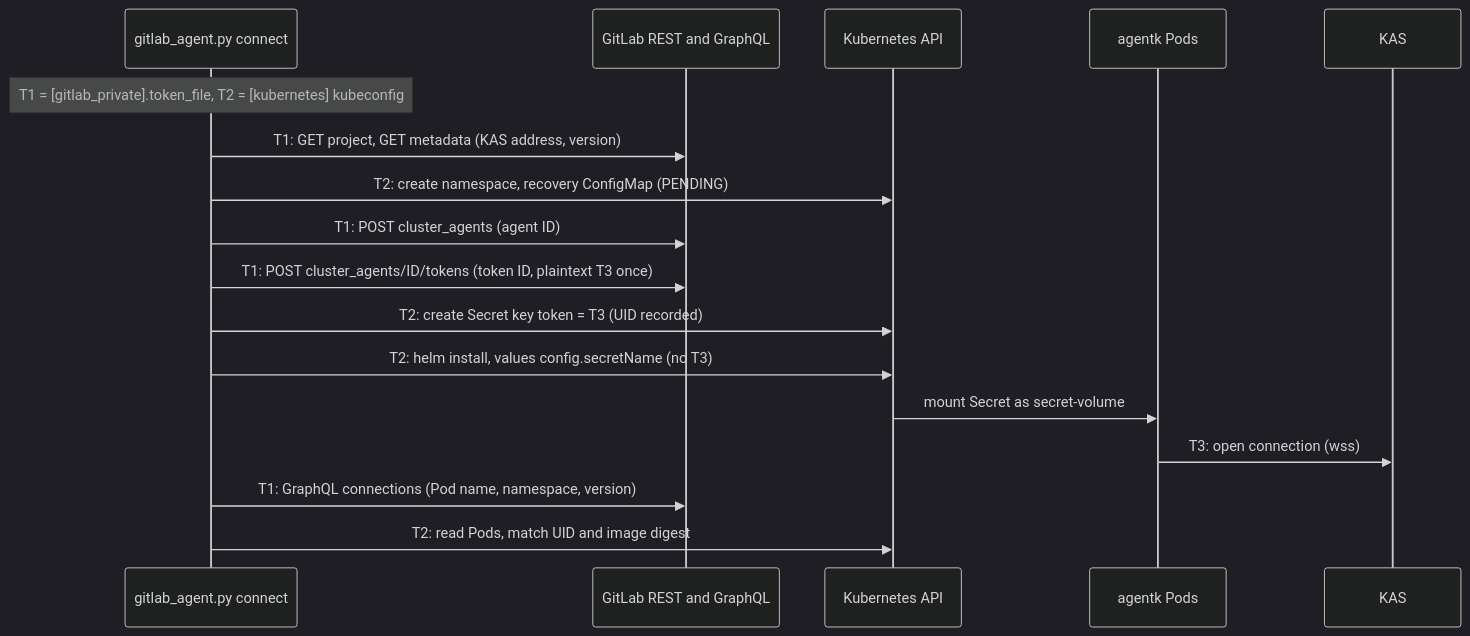
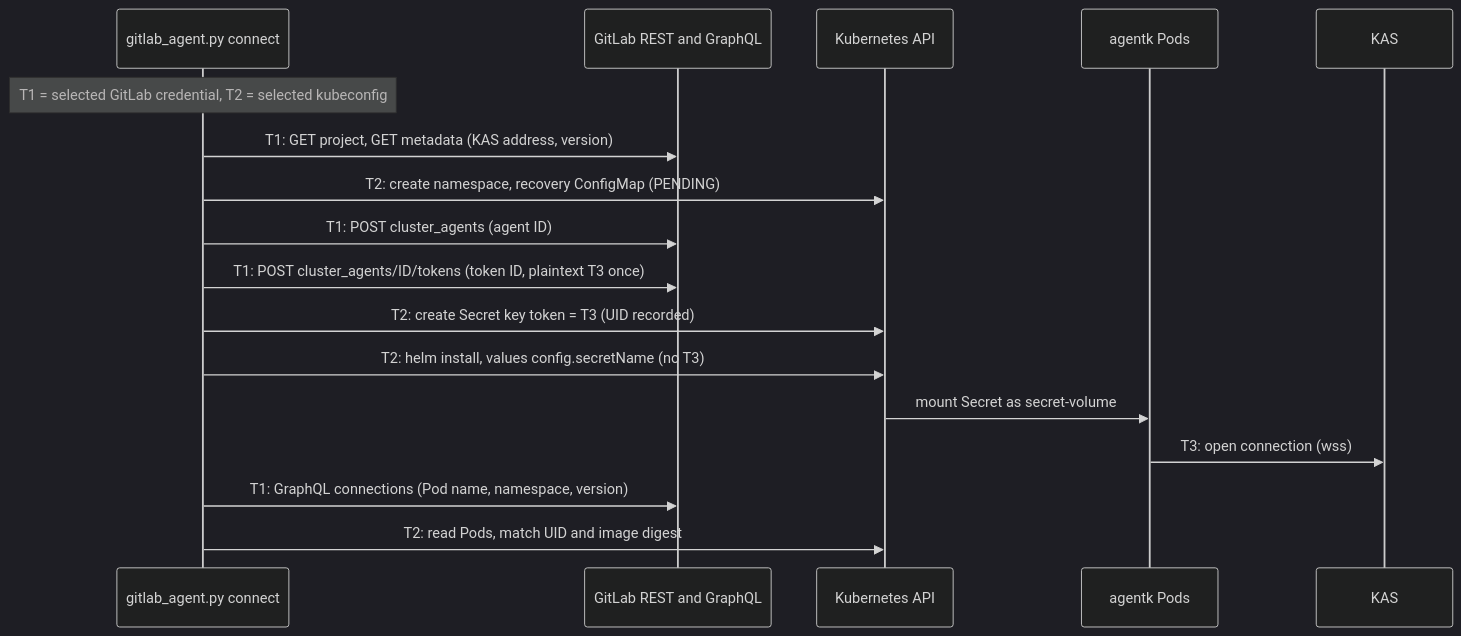
The diagram in ci-skills/references/gitlab-agent.md (spyroot/ci-skills), drawn with Mermaid (dark theme) before and after one commit. The commit also changed other lines of this file and 7 other files, not shown here.

````diff
--- a/ci-skills/references/gitlab-agent.md
+++ b/ci-skills/references/gitlab-agent.md
@@ -136,19 +136,19 @@
 ```mermaid
 sequenceDiagram
     participant C as gitlab_agent.py connect
     participant G as GitLab REST and GraphQL
     participant K as Kubernetes API
     participant A as agentk Pods
     participant S as KAS
-    Note over C: T1 = [gitlab_private].token_file, T2 = [kubernetes] kubeconfig
+    Note over C: T1 = selected GitLab credential, T2 = selected kubeconfig
     C->>G: T1: GET project, GET metadata (KAS address, version)
     C->>K: T2: create namespace, recovery ConfigMap (PENDING)
     C->>G: T1: POST cluster_agents (agent ID)
     C->>G: T1: POST cluster_agents/ID/tokens (token ID, plaintext T3 once)
     C->>K: T2: create Secret key token = T3 (UID recorded)
     C->>K: T2: helm install, values config.secretName (no T3)
     K->>A: mount Secret as secret-volume
     A->>S: T3: open connection (wss)
     C->>G: T1: GraphQL connections (Pod name, namespace, version)
     C->>K: T2: read Pods, match UID and image digest
 ```
````
